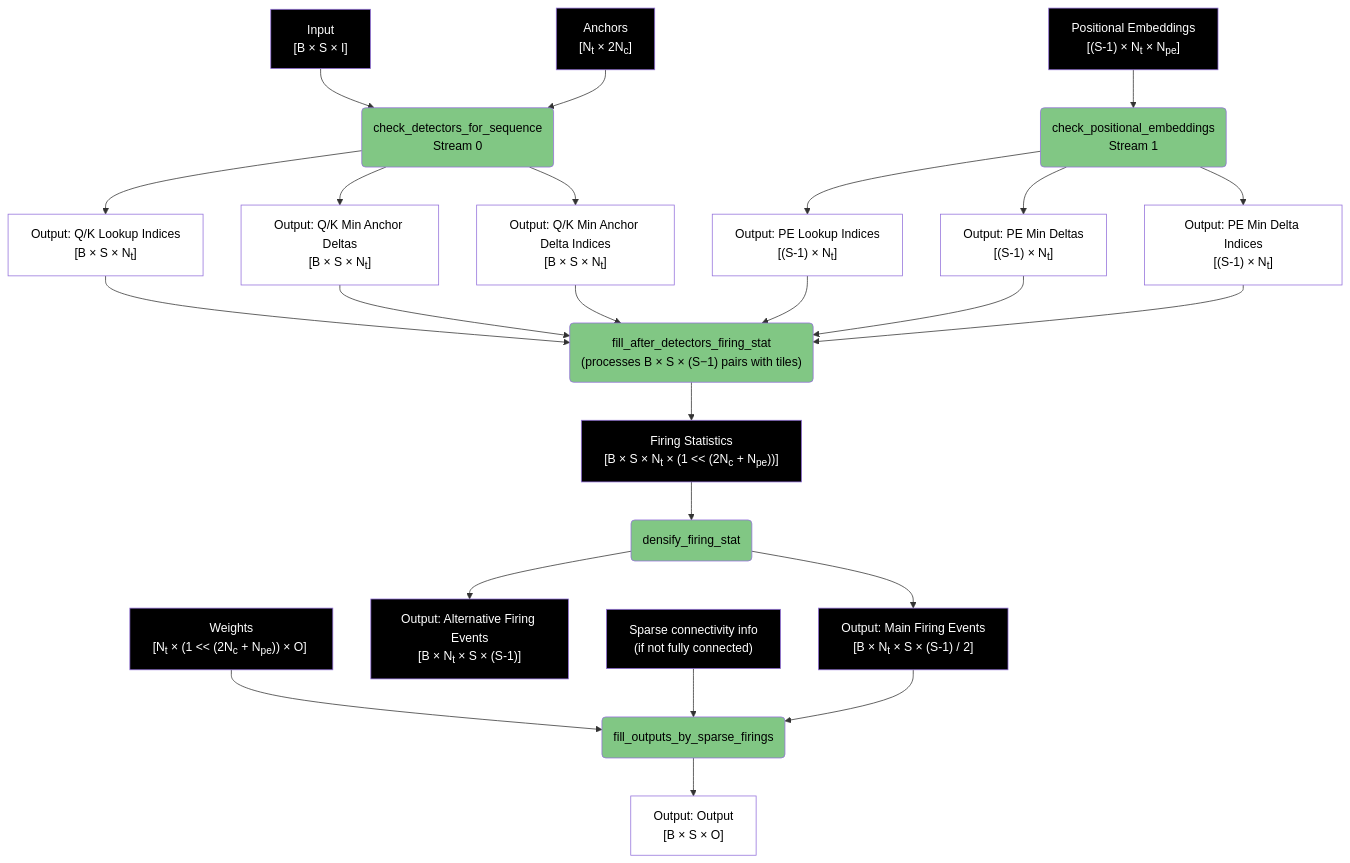
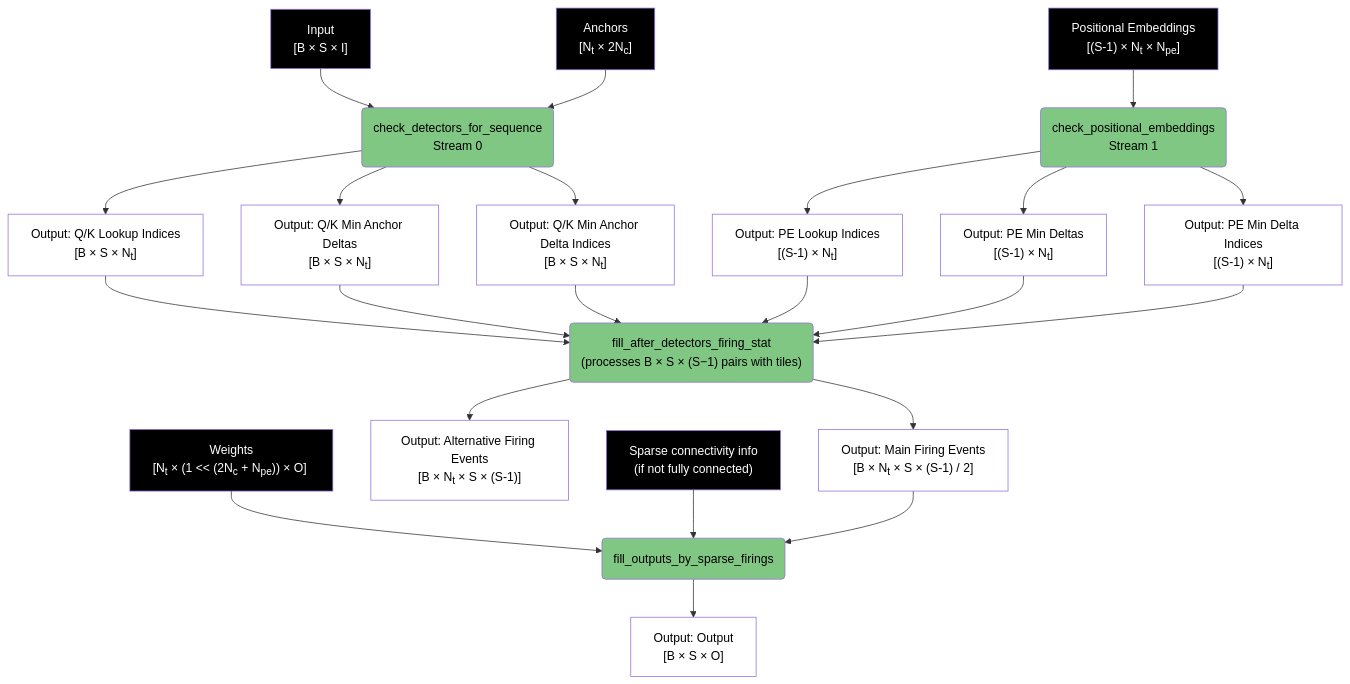
Before and after one commit to anatoli-starostin/spiky: the fifth of 6 diagrams in spiky_cuda/lut/doc/LUT_RUNTIME_DATA_FLOW.md, drawn with Mermaid. The commit also changed other lines of this file and 3 other files, not shown here.

````diff
--- a/spiky_cuda/lut/doc/LUT_RUNTIME_DATA_FLOW.md
+++ b/spiky_cuda/lut/doc/LUT_RUNTIME_DATA_FLOW.md
@@ -161,55 +166,49 @@
 ```mermaid
 flowchart TD
     A["Input<br/>[B × S × I]"] --> B("check_detectors_for_sequence<br/>Stream 0")
     D5["Anchors<br/>[N<sub>t</sub> × 2N<sub>c</sub>]"] --> B
     C["Positional Embeddings<br/>[(S-1) × N<sub>t</sub> × N<sub>pe</sub>]"] --> D("check_positional_embeddings<br/>Stream 1")
     
     B --> E["Output: Q/K Lookup Indices<br/>[B × S × N<sub>t</sub>]"]
     B --> F["Output: Q/K Min Anchor Deltas<br/>[B × S × N<sub>t</sub>]"]
     B --> G["Output: Q/K Min Anchor Delta Indices<br/>[B&nbsp;×&nbsp;S&nbsp;×&nbsp;N<sub>t</sub>]"]
     
     D --> H["Output: PE Lookup Indices<br/>[(S-1) × N<sub>t</sub>]"]
     D --> I["Output: PE Min Deltas<br/>[(S-1) × N<sub>t</sub>]"]
     D --> J["Output: PE Min Delta Indices<br/>[(S-1) × N<sub>t</sub>]"]
     
     E --> K("fill_after_detectors_firing_stat<br/>(processes&nbsp;B&nbsp;×&nbsp;S&nbsp;×&nbsp;(S&minus;1)&nbsp;pairs&nbsp;with&nbsp;tiles)")
     F --> K
     G --> K
     H --> K
     I --> K
     J --> K
     
-    K --> L["Firing Statistics<br/>[B&nbsp;×&nbsp;S&nbsp;×&nbsp;N<sub>t</sub>&nbsp;×&nbsp;(1&nbsp;<<&nbsp;(2N<sub>c</sub>&nbsp;+&nbsp;N<sub>pe</sub>))]"]
-    
-    L --> M(densify_firing_stat)
-    
-    M --> N["Output: Main Firing Events<br/>[B × N<sub>t</sub> × S × (S-1) / 2]"]
-    M --> O["Output: Alternative Firing Events<br/>[B × N<sub>t</sub> × S × (S-1)]"]
+    K --> N["Output: Main Firing Events<br/>[B × N<sub>t</sub> × S × (S-1) / 2]"]
+    K --> O["Output: Alternative Firing Events<br/>[B × N<sub>t</sub> × S × (S-1)]"]
     
     W5["Weights<br/>[N<sub>t</sub>&nbsp;×&nbsp;(1&nbsp;<<&nbsp;(2N<sub>c</sub>&nbsp;+&nbsp;N<sub>pe</sub>))&nbsp;×&nbsp;O]&nbsp;"] --> P(fill_outputs_by_sparse_firings)
     SC3["Sparse connectivity info<br/>(if not fully connected)"] --> P
     N --> P
     
     P --> Q["Output: Output<br/>[B × S × O]"]
     
     style B fill:#81c784,color:#000000
     style D fill:#81c784,color:#000000
     style K fill:#81c784,color:#000000
-    style M fill:#81c784,color:#000000
     style P fill:#81c784,color:#000000
     style A fill:#000000,color:#ffffff
     style C fill:#000000,color:#ffffff
     style D5 fill:#000000,color:#ffffff
     style SC3 fill:#000000,color:#ffffff
     style W5 fill:#000000,color:#ffffff
-    style L fill:#000000,color:#ffffff
-    style N fill:#000000,color:#ffffff
-    style O fill:#000000,color:#ffffff
     style E fill:#ffffff,color:#000000
     style F fill:#ffffff,color:#000000
     style G fill:#ffffff,color:#000000
     style H fill:#ffffff,color:#000000
     style I fill:#ffffff,color:#000000
     style J fill:#ffffff,color:#000000
+    style N fill:#ffffff,color:#000000
+    style O fill:#ffffff,color:#000000
     style Q fill:#ffffff,color:#000000
 ```
````
